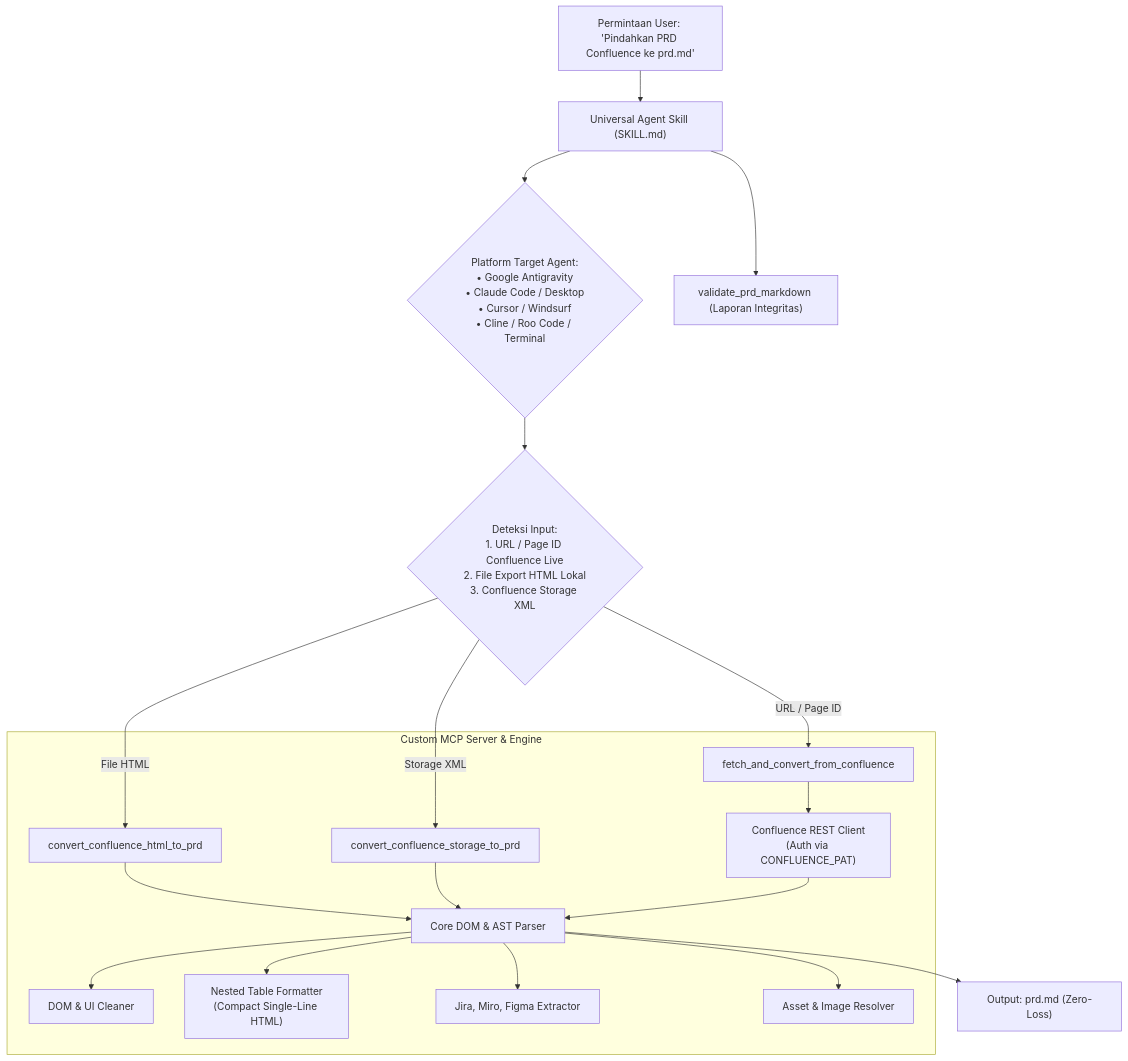
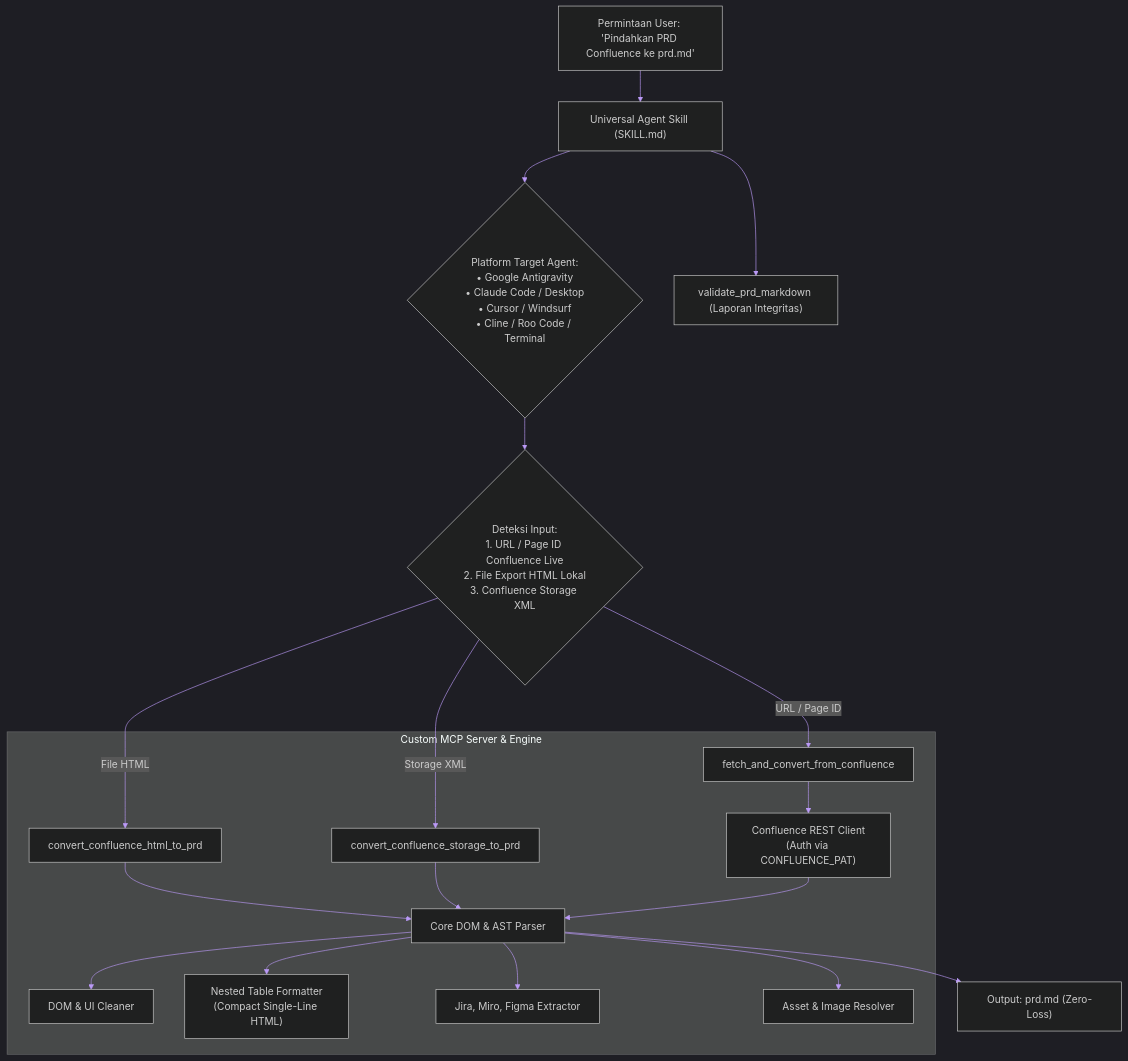
One commit to hanifalkauni/confluence-prd-converter changed the diagram in README.id.md. Above: the diagram before and after it, drawn with Mermaid. The commit also changed other lines of this file and 1 other file, not shown here.

Commit message:
style(docs): beautify mermaid diagrams with Tokyo-Night theme and enforce 100/100 compliance

````diff
--- a/README.id.md
+++ b/README.id.md
@@ -40,26 +40,27 @@
 ```mermaid
+%%{init: {'theme': 'dark', 'themeVariables': { 'primaryColor': '#7aa2f7', 'primaryBorderColor': '#3d59a1', 'actorBkg': '#24283b', 'actorBorder': '#7aa2f7', 'lineColor': '#bb9af7', 'altBkg': '#1f2335' }}}%%
 graph TD
     UserReq["Permintaan User: 'Pindahkan PRD Confluence ke prd.md'"] --> AgentSkill["Universal Agent Skill (SKILL.md)"]
     AgentSkill --> Platform{"Platform Target Agent:<br>• Google Antigravity<br>• Claude Code / Desktop<br>• Cursor / Windsurf<br>• Cline / Roo Code / Terminal"}
     
     Platform --> DetectInput{"Deteksi Input:<br>1. URL / Page ID Confluence Live<br>2. File Export HTML Lokal<br>3. Confluence Storage XML"}
     
     DetectInput -->|URL / Page ID| LiveTool["fetch_and_convert_from_confluence"]
     DetectInput -->|File HTML| HtmlTool["convert_confluence_html_to_prd"]
     DetectInput -->|Storage XML| XmlTool["convert_confluence_storage_to_prd"]
 
     subgraph "Custom MCP Server & Engine"
         LiveTool --> ConfluenceClient["Confluence REST Client<br>(Auth via CONFLUENCE_PAT)"]
         HtmlTool --> CoreParser["Core DOM & AST Parser"]
         XmlTool --> CoreParser
         ConfluenceClient --> CoreParser
         
         CoreParser --> DOMCleaner["DOM & UI Cleaner"]
         CoreParser --> TableEngine["Nested Table Formatter<br>(Compact Single-Line HTML)"]
         CoreParser --> MacroEngine["Jira, Miro, Figma Extractor"]
         CoreParser --> AssetMapper["Asset & Image Resolver"]
     end
 
     CoreParser --> FinalMD["Output: prd.md (Zero-Loss)"]
     AgentSkill --> Validator["validate_prd_markdown (Laporan Integritas)"]
 ```
````
